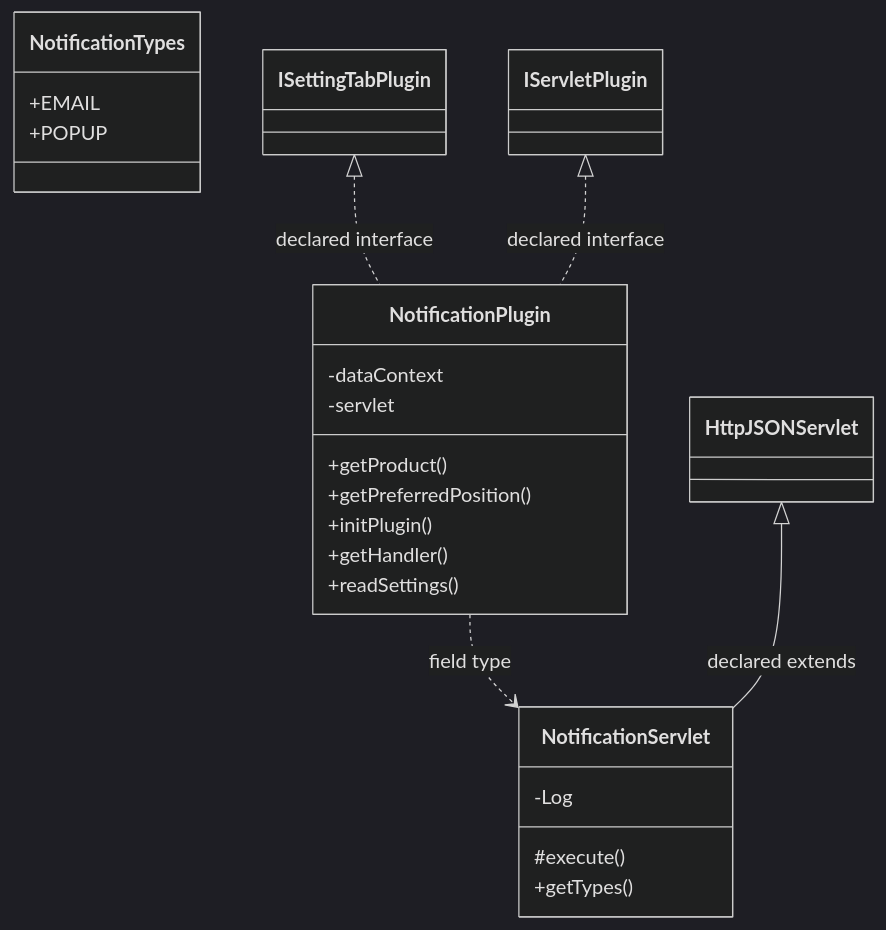
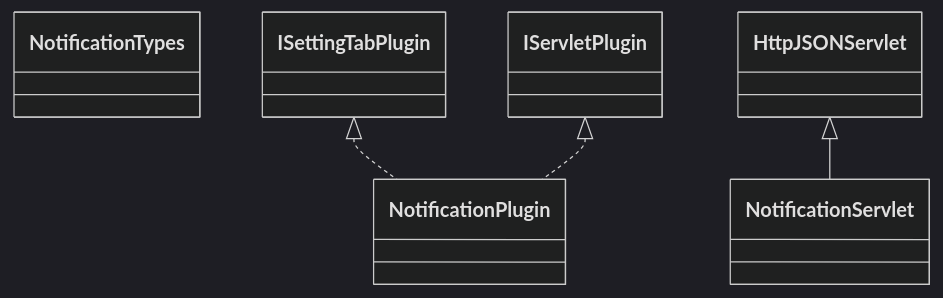
The diagram in docs/sqx/Shared/SettingsNotification.md (haruperi/HaruQuantAI), drawn with Mermaid (dark theme) before and after one commit. The commit also changed other lines of this file and 1688 other files, not shown here.

````diff
--- a/docs/sqx/Shared/SettingsNotification.md
+++ b/docs/sqx/Shared/SettingsNotification.md
@@ -30,28 +26,12 @@
 ```mermaid
 classDiagram
-    class C1d3b730c3dc9["NotificationPlugin"] {
-        -dataContext
-        -servlet
-        +getProduct()
-        +getPreferredPosition()
-        +initPlugin()
-        +getHandler()
-        +readSettings()
-    }
-    class C9d68dabf7948["NotificationServlet"] {
-        -Log
-        #execute()
-        +getTypes()
-    }
-    class Ceba12f135f65["NotificationTypes"] {
-        +EMAIL
-        +POPUP
-    }
-    class C249b5c671b1a["IServletPlugin"]
-    class C27734eb41505["ISettingTabPlugin"]
-    class C8900f90ae594["HttpJSONServlet"]
-    C27734eb41505 <|.. C1d3b730c3dc9 : declared interface
-    C249b5c671b1a <|.. C1d3b730c3dc9 : declared interface
-    C1d3b730c3dc9 ..> C9d68dabf7948 : field type
-    C8900f90ae594 <|-- C9d68dabf7948 : declared extends
+    class C0["NotificationPlugin"]
+    class C1["NotificationServlet"]
+    class C2["NotificationTypes"]
+    class E0["ISettingTabPlugin"]
+    E0 <|.. C0
+    class E1["IServletPlugin"]
+    E1 <|.. C0
+    class E2["HttpJSONServlet"]
+    E2 <|-- C1
 ```
````
